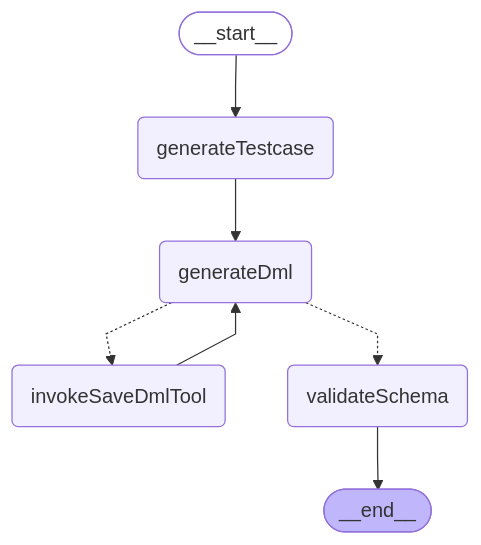
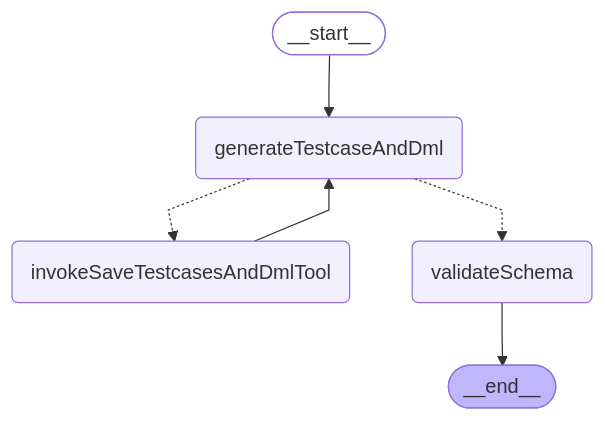
Before and after one commit to yzkee/liam: the fifth of 5 diagrams in frontend/internal-packages/agent/README.md, drawn with Mermaid. The commit also changed other lines of this file, not shown here.

First line of the commit message:
docs: update agent README with unified testcase and DML generation

````diff
--- a/frontend/internal-packages/agent/README.md
+++ b/frontend/internal-packages/agent/README.md
@@ -226,19 +226,17 @@
 ```mermaid
 %%{init: {'flowchart': {'curve': 'linear'}}}%%
 graph TD;
 	__start__([<p>__start__</p>]):::first
-	generateTestcase(generateTestcase)
-	generateDml(generateDml)
-	invokeSaveDmlTool(invokeSaveDmlTool)
+	generateTestcaseAndDml(generateTestcaseAndDml)
+	invokeSaveTestcasesAndDmlTool(invokeSaveTestcasesAndDmlTool)
 	validateSchema(validateSchema)
 	__end__([<p>__end__</p>]):::last
-	__start__ --> generateTestcase;
-	generateTestcase --> generateDml;
-	invokeSaveDmlTool --> generateDml;
+	__start__ --> generateTestcaseAndDml;
+	invokeSaveTestcasesAndDmlTool --> generateTestcaseAndDml;
 	validateSchema --> __end__;
-	generateDml -.-> invokeSaveDmlTool;
-	generateDml -.-> validateSchema;
+	generateTestcaseAndDml -.-> invokeSaveTestcasesAndDmlTool;
+	generateTestcaseAndDml -.-> validateSchema;
 	classDef default fill:#f2f0ff,line-height:1.2;
 	classDef first fill-opacity:0;
 	classDef last fill:#bfb6fc;
 ```
````
